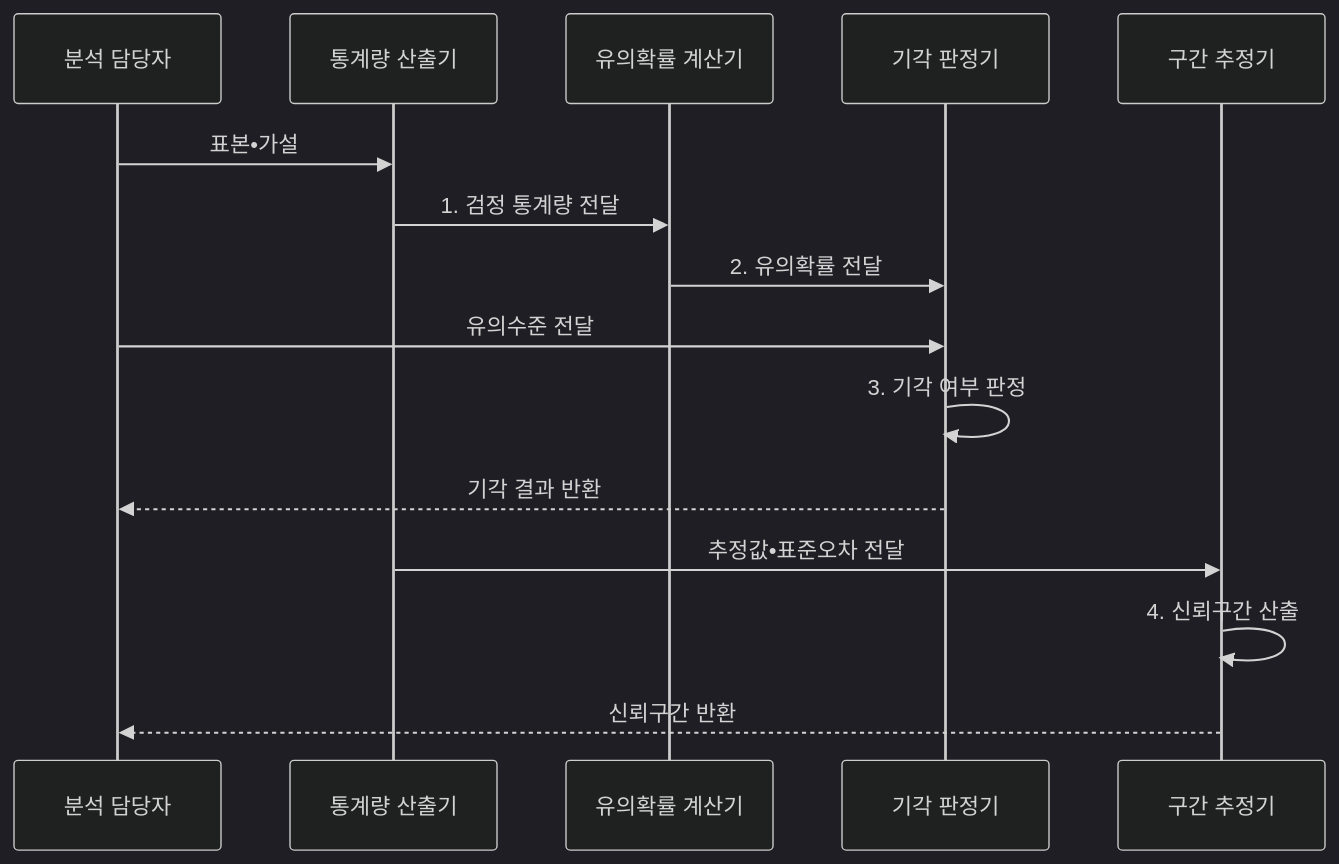
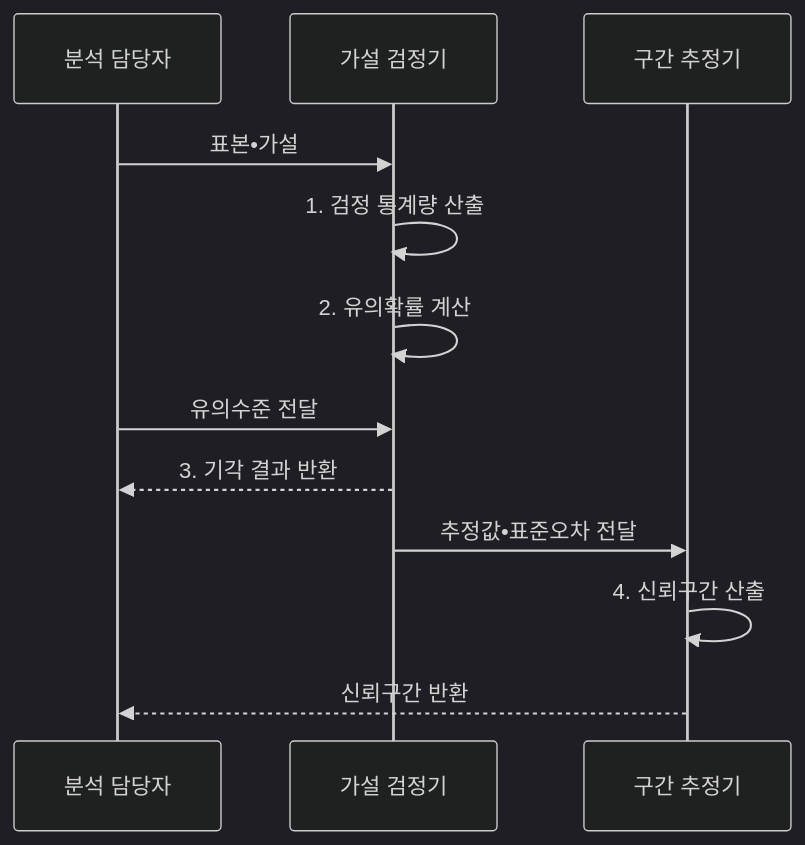
The second of 2 diagrams in src/content/docs/notes/01-basic-theory/033_hypothesis_testing.md (agnusdei1207/knowledge-base), drawn with Mermaid (dark theme) before and after one commit. The commit also changed other lines of this file and 4 other files, not shown here.

Commit message:
Simplify statistical learning flows

````diff
--- a/src/content/docs/notes/01-basic-theory/033_hypothesis_testing.md
+++ b/src/content/docs/notes/01-basic-theory/033_hypothesis_testing.md
@@ -92,17 +92,14 @@
 ```mermaid
 sequenceDiagram
     participant A as 분석 담당자
-    participant T as 통계량 산출기
-    participant P as 유의확률 계산기
-    participant J as 기각 판정기
+    participant T as 가설 검정기
     participant C as 구간 추정기
     A->>T: 표본•가설
-    T->>P: 1. 검정 통계량 전달
-    P->>J: 2. 유의확률 전달
-    A->>J: 유의수준 전달
-    J->>J: 3. 기각 여부 판정
-    J-->>A: 기각 결과 반환
+    T->>T: 1. 검정 통계량 산출
+    T->>T: 2. 유의확률 계산
+    A->>T: 유의수준 전달
+    T-->>A: 3. 기각 결과 반환
     T->>C: 추정값•표준오차 전달
     C->>C: 4. 신뢰구간 산출
     C-->>A: 신뢰구간 반환
 ```
````
